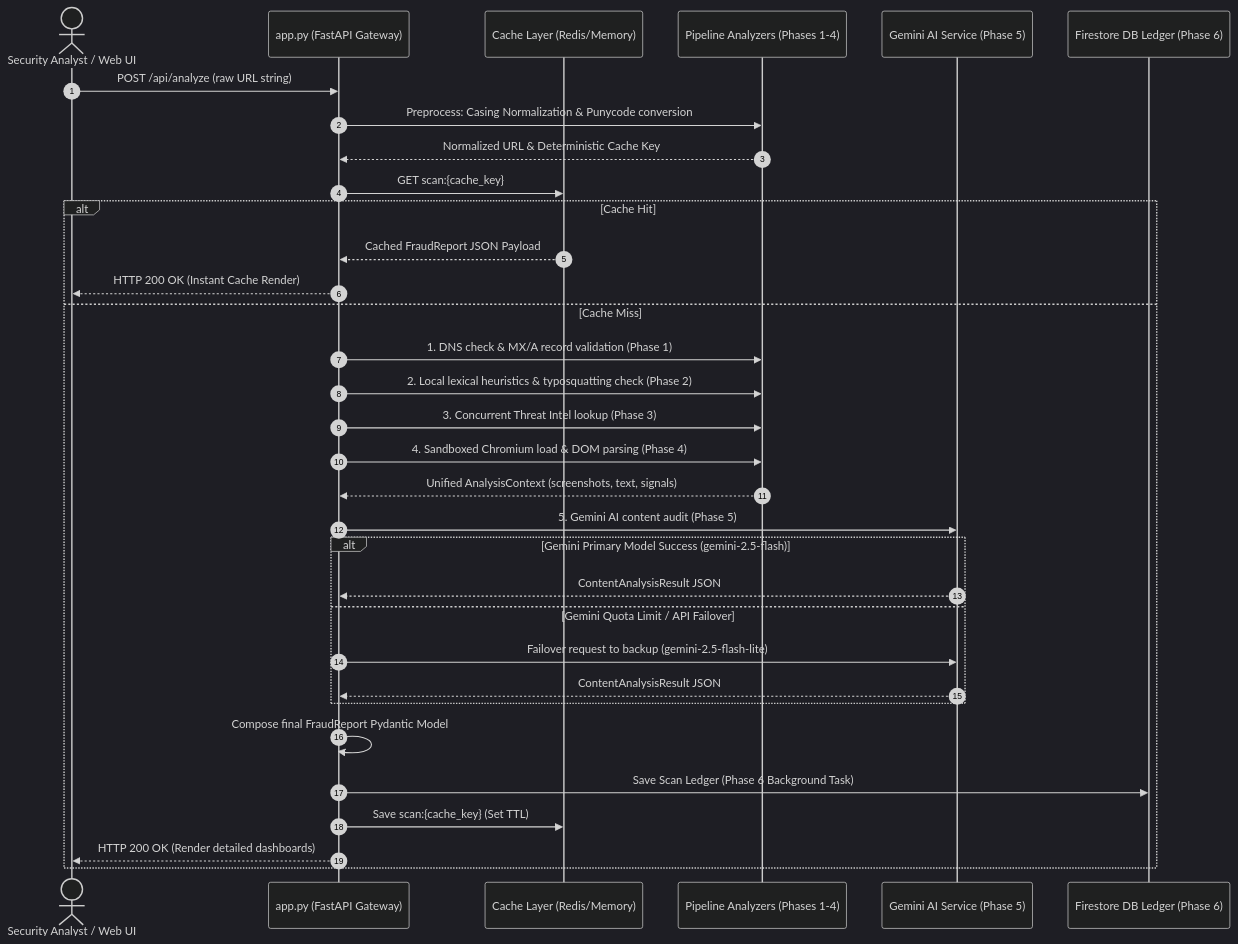
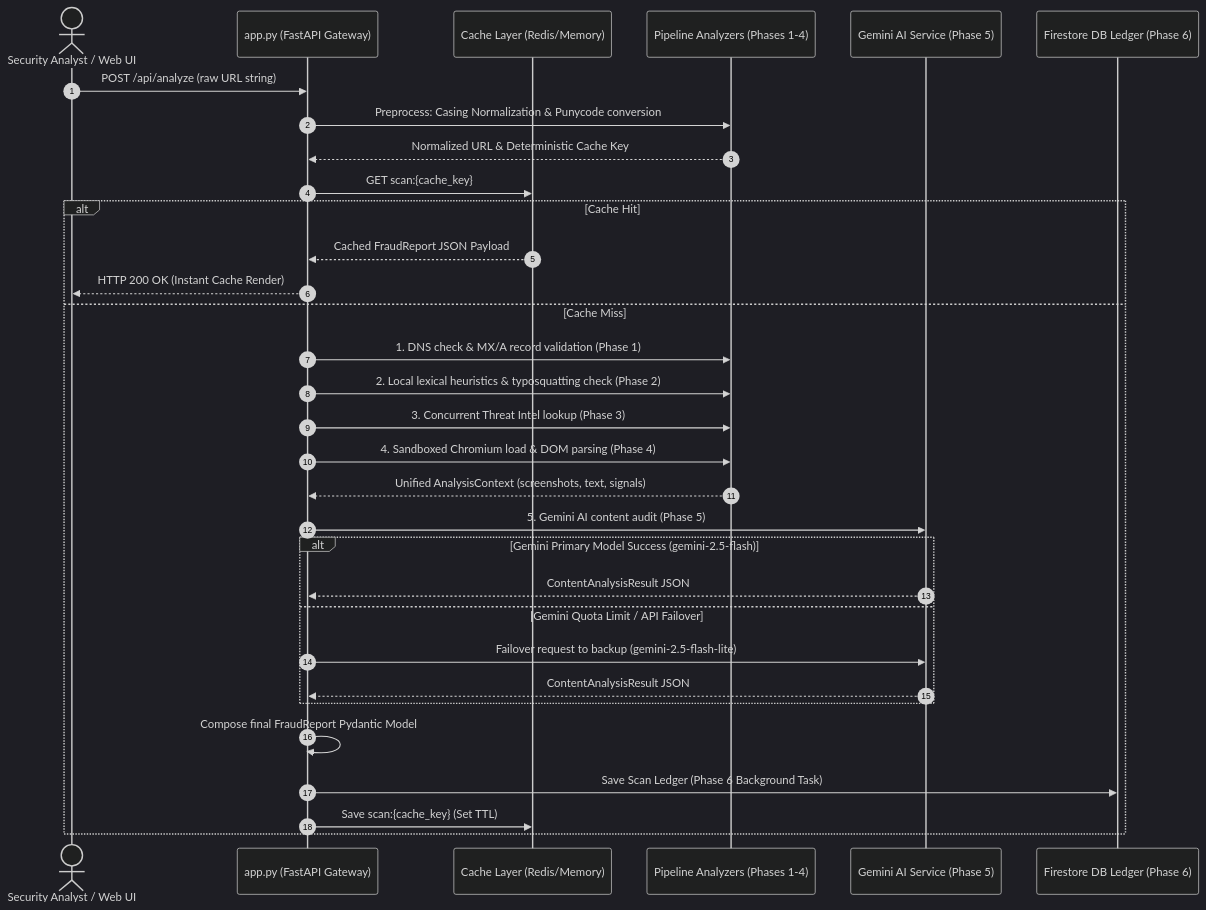
Before and after one commit to lequanganhtuan/AI_agent: the second of 8 diagrams in README.md, drawn with Mermaid (dark theme). The commit also changed other lines of this file and 45 other files, not shown here.

````diff
--- a/README.md
+++ b/README.md
@@ -99,39 +99,38 @@
 ```mermaid
 sequenceDiagram
     autonumber
     actor User as Security Analyst / Web UI
     participant App as app.py (FastAPI Gateway)
     participant Cache as Cache Layer (Redis/Memory)
     participant Pipeline as Pipeline Analyzers (Phases 1-4)
     participant Gemini as Gemini AI Service (Phase 5)
     participant DB as Firestore DB Ledger (Phase 6)
 
     User->>App: POST /api/analyze (raw URL string)
     App->>Pipeline: Preprocess: Casing Normalization & Punycode conversion
     Pipeline-->>App: Normalized URL & Deterministic Cache Key
     App->>Cache: GET scan:{cache_key}
     
     alt Cache Hit
         Cache-->>App: Cached FraudReport JSON Payload
         App-->>User: HTTP 200 OK (Instant Cache Render)
     else Cache Miss
         App->>Pipeline: 1. DNS check & MX/A record validation (Phase 1)
         App->>Pipeline: 2. Local lexical heuristics & typosquatting check (Phase 2)
         App->>Pipeline: 3. Concurrent Threat Intel lookup (Phase 3)
         App->>Pipeline: 4. Sandboxed Chromium load & DOM parsing (Phase 4)
         Pipeline-->>App: Unified AnalysisContext (screenshots, text, signals)
         
         App->>Gemini: 5. Gemini AI content audit (Phase 5)
         alt Gemini Primary Model Success (gemini-2.5-flash)
             Gemini-->>App: ContentAnalysisResult JSON
         else Gemini Quota Limit / API Failover
             App->>Gemini: Failover request to backup (gemini-2.5-flash-lite)
             Gemini-->>App: ContentAnalysisResult JSON
         end
         
         App->>App: Compose final FraudReport Pydantic Model
         App->>DB: Save Scan Ledger (Phase 6 Background Task)
         App->>Cache: Save scan:{cache_key} (Set TTL)
-        App-->>User: HTTP 200 OK (Render detailed dashboards)
     end
 ```
````
